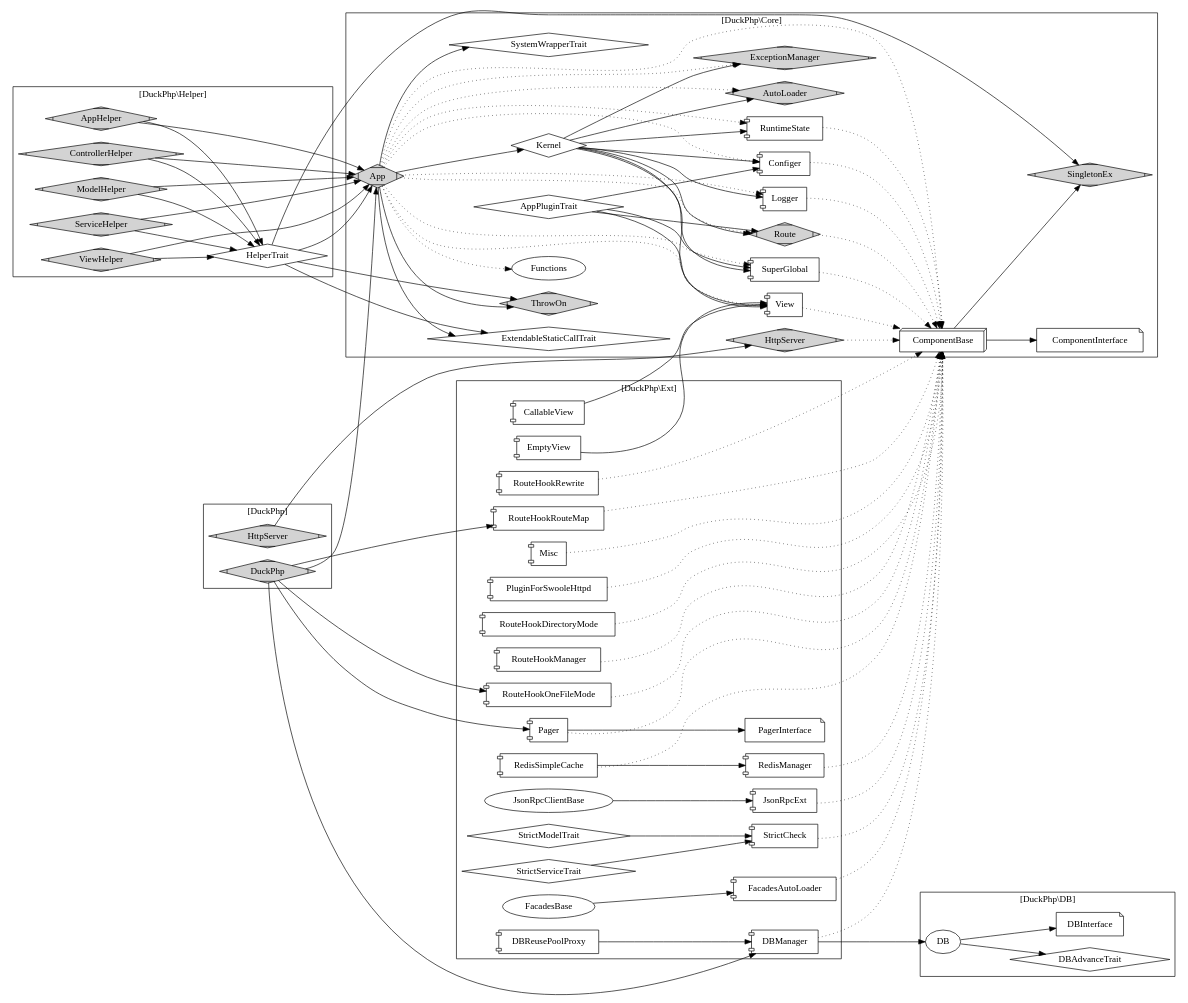
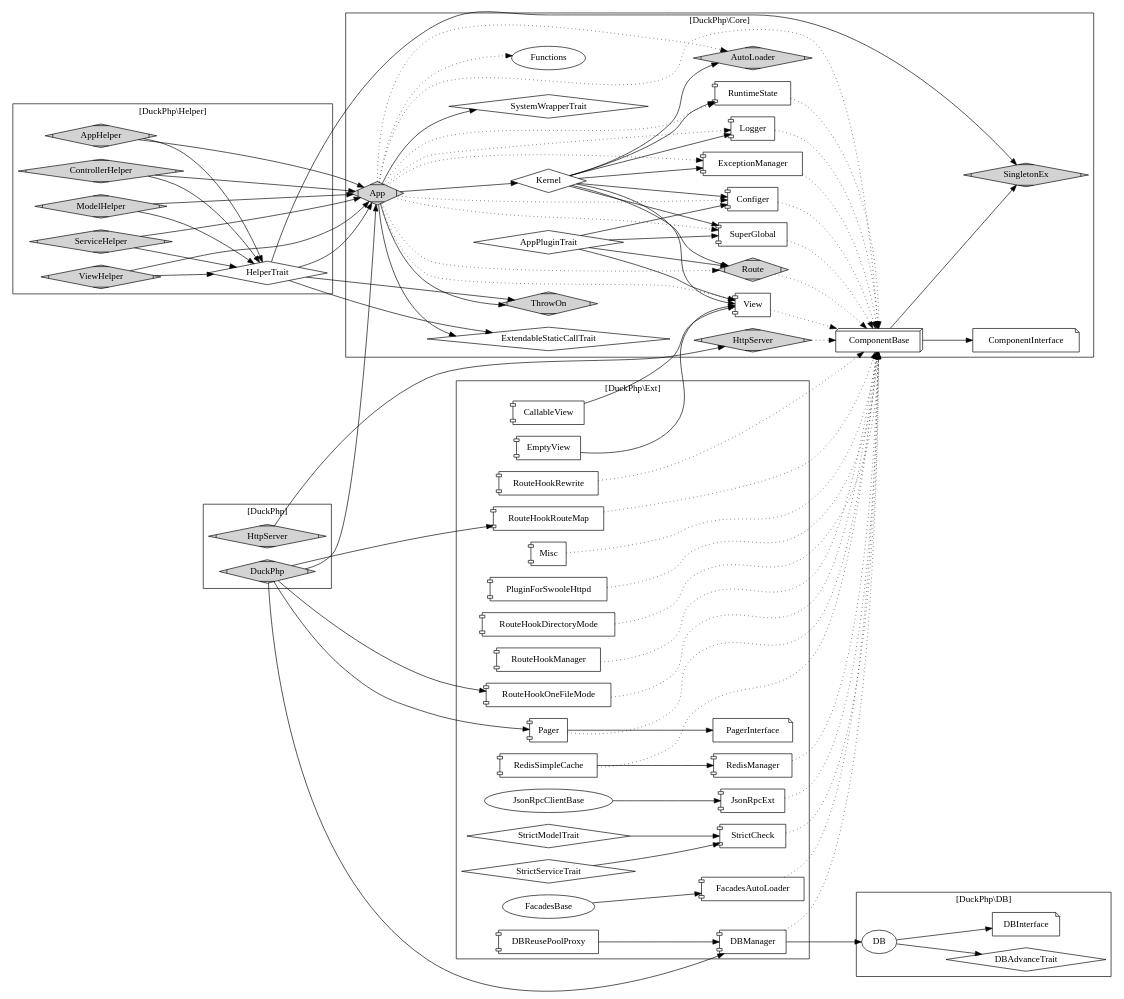
Before and after one commit to dvaknheo/duckphp: the diagram in doc/duckphp.gv, drawn with Graphviz. The commit also changed 4 other files, not shown here.

Commit message:
恢复 ExceptionManager 为组件

```diff
--- a/doc/duckphp.gv
+++ b/doc/duckphp.gv
@@ -11,7 +11,7 @@
     Core_Kernel [label="Kernel";shape="diamond"];
     Core_SingletonEx [label="SingletonEx";shape=Mdiamond;style=filled];
     Core_AutoLoader [label="AutoLoader";shape=Mdiamond;style=filled];
-    Core_ExceptionManager [label="ExceptionManager";shape=Mdiamond;style=filled];
+    Core_ExceptionManager [label="ExceptionManager";shape="component"];
     Core_View [label="View";shape="component"];
     Core_Configer [label="Configer";shape="component"];
     Core_Logger [label="Logger";shape="component"];
@@ -63,6 +63,7 @@
     Core_AppPluginTrait -> Core_SuperGlobal;
     
     
+    Core_ExceptionManager -> Core_ComponentBase [style="dotted"];
     Core_Configer -> Core_ComponentBase [style="dotted"];
     Core_Route -> Core_ComponentBase [style="dotted"];
     Core_SuperGlobal -> Core_ComponentBase [style="dotted"];
```
